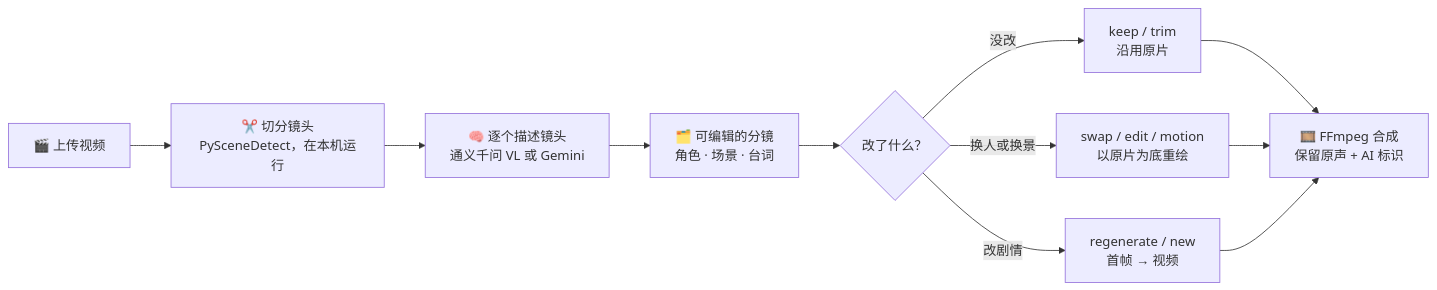
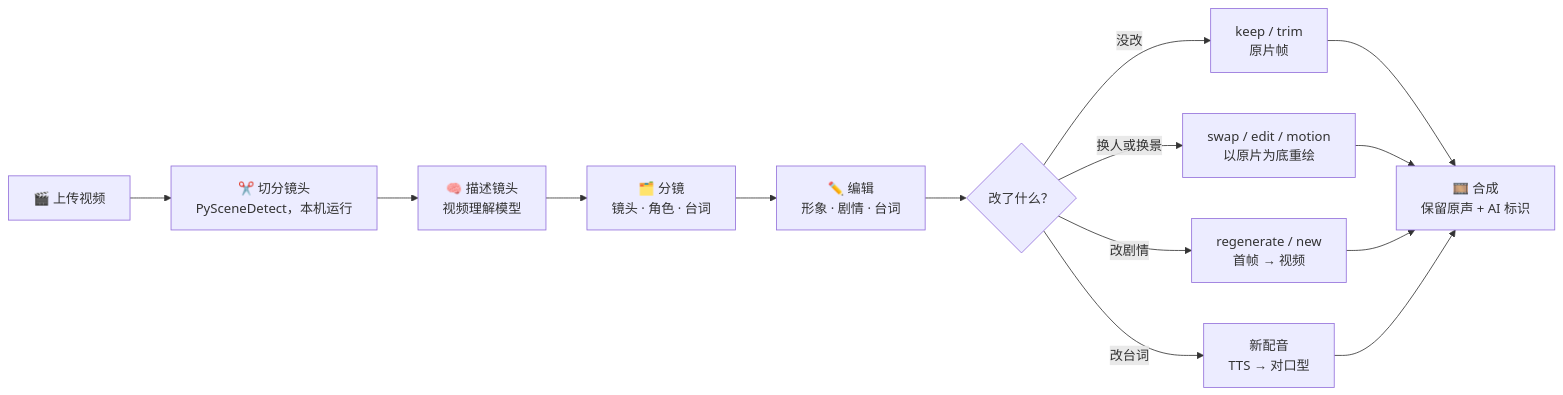
One commit to zhcalvin/copy-right changed the diagram in README.zh-CN.md. Above: the diagram before and after it, drawn with Mermaid. The commit also changed other lines of this file and 26 other files, not shown here.

````diff
--- a/README.zh-CN.md
+++ b/README.zh-CN.md
@@ -62,13 +61,16 @@
 ```mermaid
 flowchart LR
-  A[🎬 上传视频] --> B[✂️ 切分镜头<br/>PySceneDetect，在本机运行]
-  B --> C[🧠 逐个描述镜头<br/>通义千问 VL 或 Gemini]
-  C --> D[🗂️ 可编辑的分镜<br/>角色 · 场景 · 台词]
-  D --> E{改了什么？}
-  E -->|没改| K[keep / trim<br/>沿用原片]
-  E -->|换人或换景| S[swap / edit / motion<br/>以原片为底重绘]
-  E -->|改剧情| R[regenerate / new<br/>首帧 → 视频]
-  K --> F[🎞️ FFmpeg 合成<br/>保留原声 + AI 标识]
-  S --> F
-  R --> F
+  A[🎬 上传视频] --> B[✂️ 切分镜头<br/>PySceneDetect，本机运行]
+  B --> C[🧠 描述镜头<br/>视频理解模型]
+  C --> D[🗂️ 分镜<br/>镜头 · 角色 · 台词]
+  D --> E[✏️ 编辑<br/>形象 · 剧情 · 台词]
+  E --> F{改了什么？}
+  F -->|没改| K[keep / trim<br/>原片帧]
+  F -->|换人或换景| S[swap / edit / motion<br/>以原片为底重绘]
+  F -->|改剧情| R[regenerate / new<br/>首帧 → 视频]
+  F -->|改台词| V[新配音<br/>TTS → 对口型]
+  K --> G[🎞️ 合成<br/>保留原声 + AI 标识]
+  S --> G
+  R --> G
+  V --> G
 ```
````
